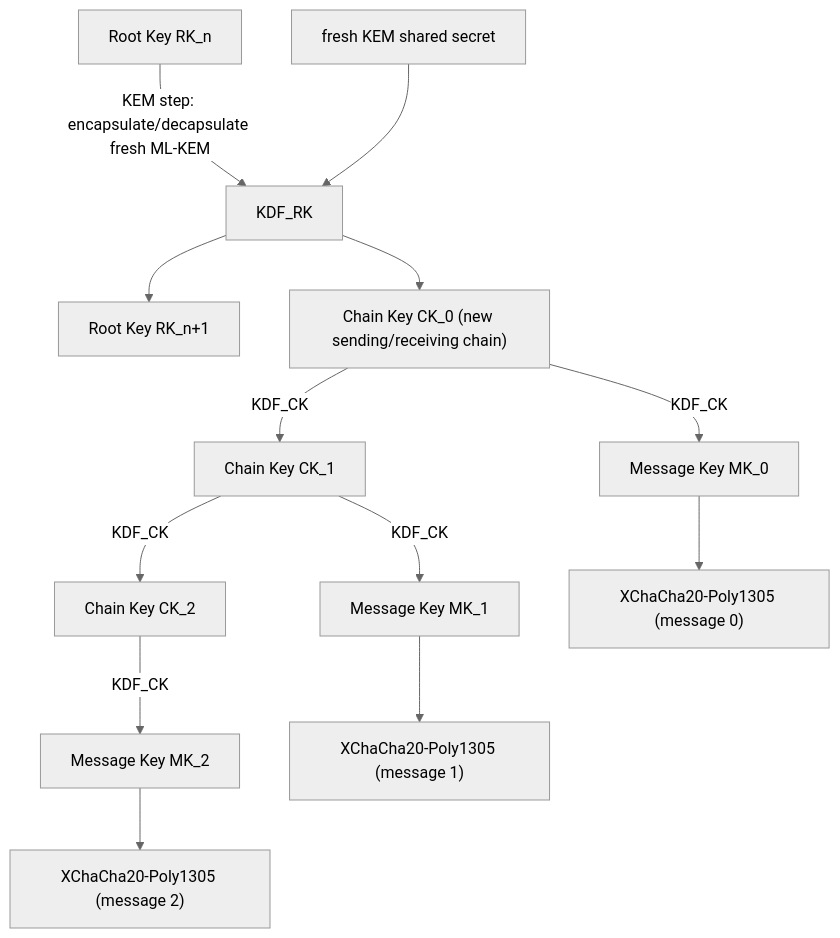
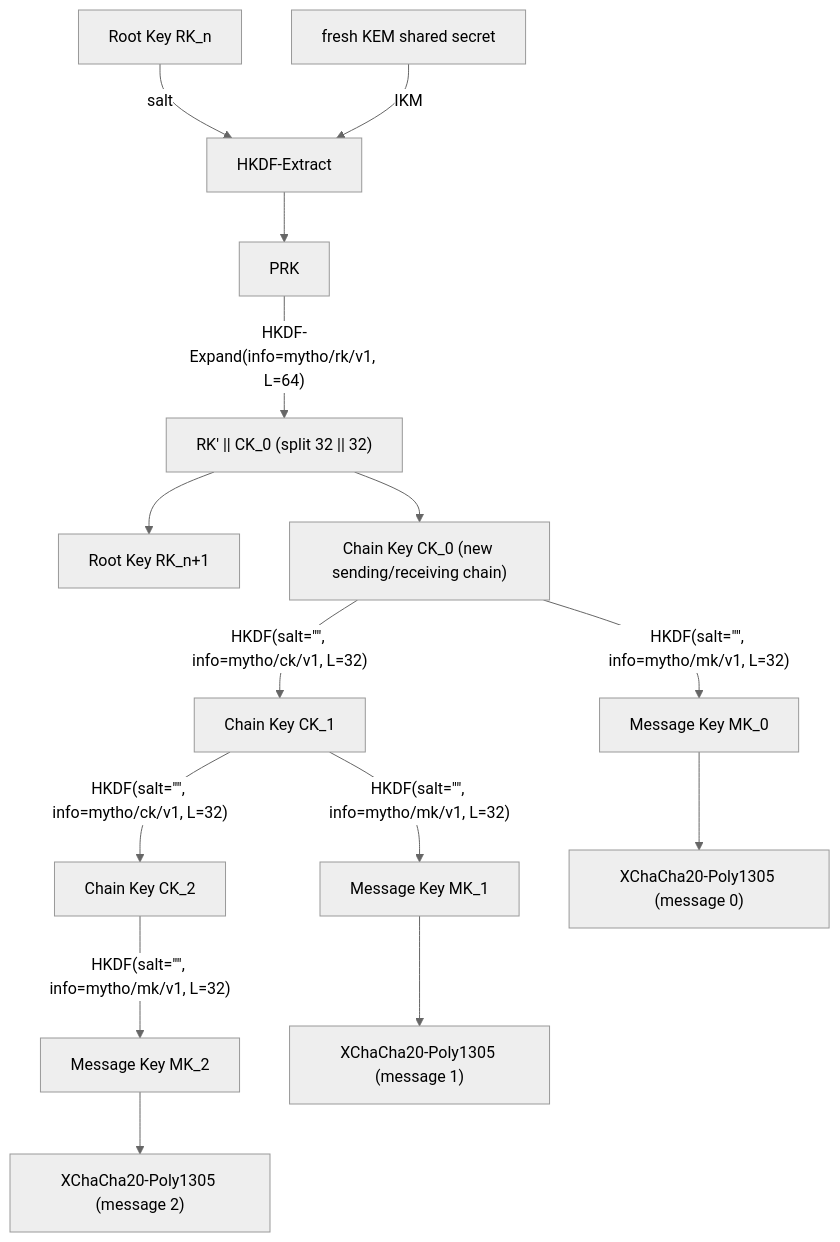
Before and after one commit to mythochat/protocol: the third of 5 diagrams in docs/ratchet-state-machine.md, drawn with Mermaid (neutral theme). The commit also changed other lines of this file and 22 other files, not shown here.

````diff
--- a/docs/ratchet-state-machine.md
+++ b/docs/ratchet-state-machine.md
@@ -83,17 +88,19 @@
 ```mermaid
 flowchart TD
-    RK0["Root Key RK_n"] -->|KEM step: encapsulate/decapsulate fresh ML-KEM| KDF_RK["KDF_RK"]
-    KEMSS["fresh KEM shared secret"] --> KDF_RK
-    KDF_RK --> RK1["Root Key RK_n+1"]
-    KDF_RK --> CK0["Chain Key CK_0 (new sending/receiving chain)"]
+    RK0["Root Key RK_n"] -->|salt| EXTRACT["HKDF-Extract"]
+    KEMSS["fresh KEM shared secret"] -->|IKM| EXTRACT
+    EXTRACT --> PRK["PRK"]
+    PRK -->|"HKDF-Expand(info=mytho/rk/v1, L=64)"| RKEXP["RK' || CK_0 (split 32 || 32)"]
+    RKEXP --> RK1["Root Key RK_n+1"]
+    RKEXP --> CK0["Chain Key CK_0 (new sending/receiving chain)"]
 
-    CK0 -->|KDF_CK| CK1["Chain Key CK_1"]
-    CK0 -->|KDF_CK| MK0["Message Key MK_0"]
-    CK1 -->|KDF_CK| CK2["Chain Key CK_2"]
-    CK1 -->|KDF_CK| MK1["Message Key MK_1"]
-    CK2 -->|KDF_CK| MK2["Message Key MK_2"]
+    CK0 -->|"HKDF(salt=&quot;&quot;, info=mytho/ck/v1, L=32)"| CK1["Chain Key CK_1"]
+    CK0 -->|"HKDF(salt=&quot;&quot;, info=mytho/mk/v1, L=32)"| MK0["Message Key MK_0"]
+    CK1 -->|"HKDF(salt=&quot;&quot;, info=mytho/ck/v1, L=32)"| CK2["Chain Key CK_2"]
+    CK1 -->|"HKDF(salt=&quot;&quot;, info=mytho/mk/v1, L=32)"| MK1["Message Key MK_1"]
+    CK2 -->|"HKDF(salt=&quot;&quot;, info=mytho/mk/v1, L=32)"| MK2["Message Key MK_2"]
 
     MK0 --> AEAD0["XChaCha20-Poly1305 (message 0)"]
     MK1 --> AEAD1["XChaCha20-Poly1305 (message 1)"]
     MK2 --> AEAD2["XChaCha20-Poly1305 (message 2)"]
 ```
````
